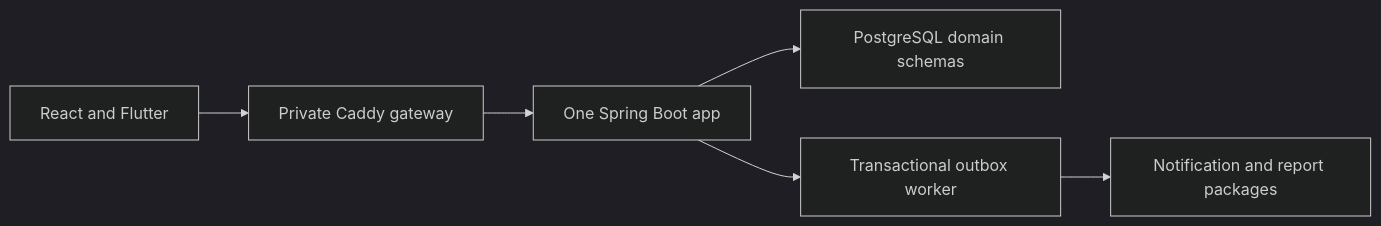
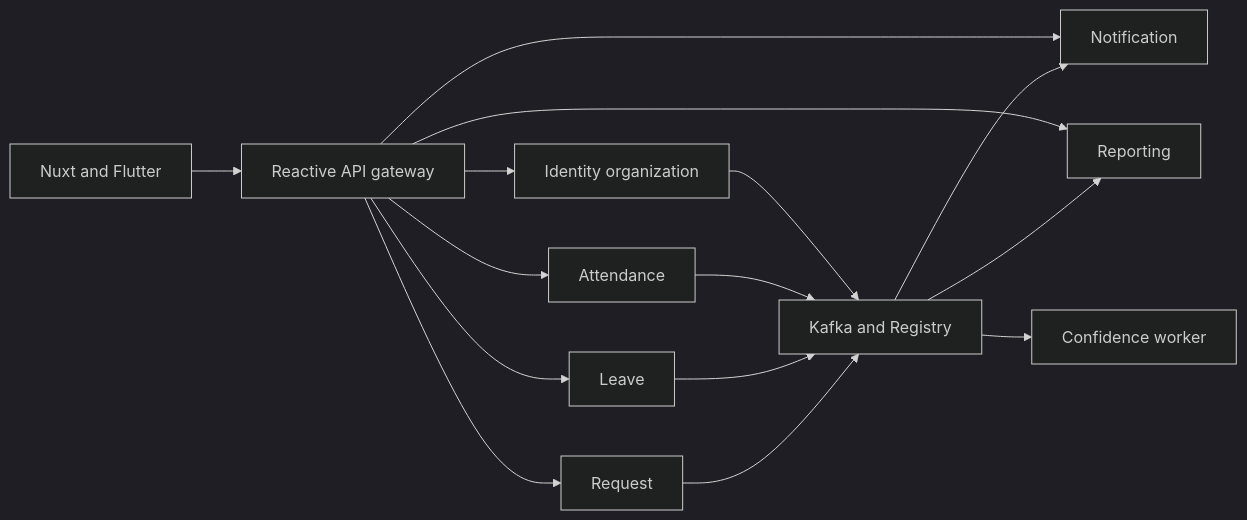
One commit to sakkol-git/meakea-attendance-tractker-microservice changed the diagram in docs/Architecture.md. Above: the diagram before and after it, drawn with Mermaid (dark theme). The commit also changed other lines of this file and 14 other files, not shown here.

````diff
--- a/docs/Architecture.md
+++ b/docs/Architecture.md
@@ -11,8 +20,17 @@
 ```mermaid
 flowchart LR
-    W["React and Flutter"] --> G["Private Caddy gateway"]
-    G --> A["One Spring Boot app"]
-    A --> D["PostgreSQL domain schemas"]
-    A --> O["Transactional outbox worker"]
-    O --> N["Notification and report packages"]
+    C["Nuxt and Flutter"] --> G["Reactive API gateway"]
+    G --> I["Identity organization"]
+    G --> A["Attendance"]
+    G --> L["Leave"]
+    G --> Q["Request"]
+    G --> N["Notification"]
+    G --> R["Reporting"]
+    I --> K["Kafka and Registry"]
+    A --> K
+    L --> K
+    Q --> K
+    K --> N
+    K --> R
+    K --> M["Confidence worker"]
 ```
````
